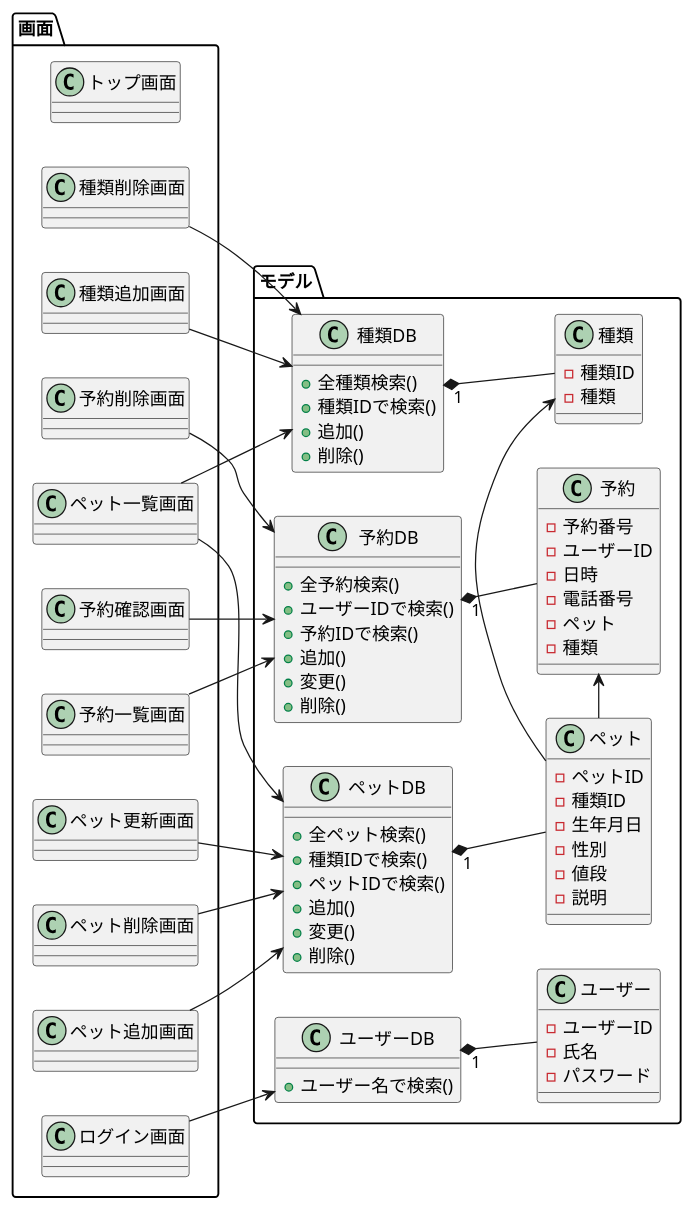
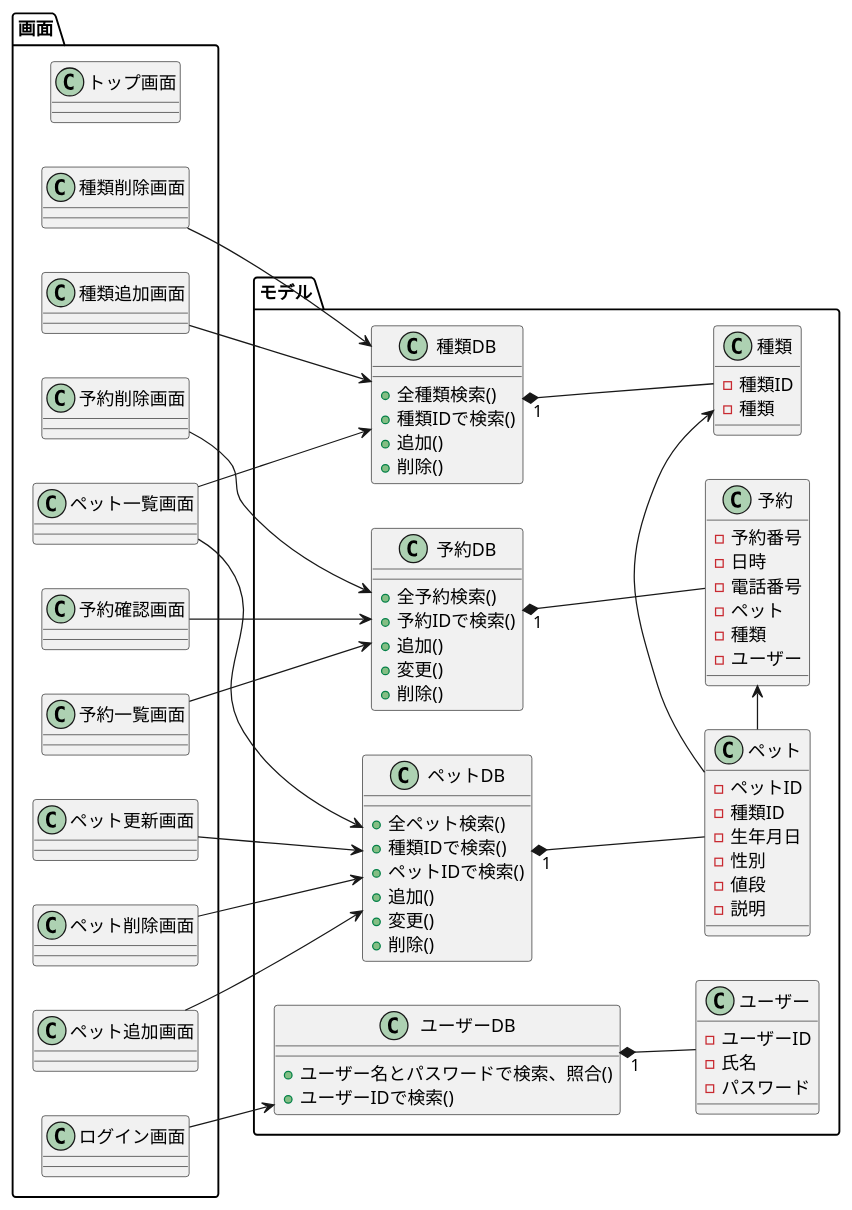
Before and after one commit to Tyamanaka07/WebSystem: the diagram in UML/class.pu, drawn with PlantUML. The commit also changed 3 other files, not shown here.

```diff
--- a/UML/class.pu
+++ b/UML/class.pu
@@ -1,98 +1,98 @@
 @startuml
 left to right direction
 
 package モデル{
 class ペット{
 	-ペットID
 	-種類ID
 	-生年月日
 	-性別
 	-値段
 	-説明
 }
 
 class 種類{
 	-種類ID
 	-種類
 }
 
 class ユーザー{
 	-ユーザーID
 	-氏名
 	-パスワード
 }
 
 class 予約{
 	-予約番号
-	-ユーザーID
 	-日時
 	-電話番号
 	-ペット
 	-種類
+	-ユーザー
 }
 
 class ペットDB{
 	+全ペット検索()
 	+種類IDで検索()
 	+ペットIDで検索()
 	+追加()
 	+変更()
 	+削除()
 }
 
 class 種類DB{
 	+全種類検索()
 	+種類IDで検索()
 	+追加()
 	+削除()
 }
 
 class ユーザーDB{
-	+ユーザー名で検索()
+	+ユーザー名とパスワードで検索、照合()
+	+ユーザーIDで検索()
 }
 
 class 予約DB{
 	+全予約検索()
-	+ユーザーIDで検索()
 	+予約IDで検索()
 	+追加()
 	+変更()
 	+削除()
 }
 }
 
 package 画面{
 class トップ画面
 class ペット一覧画面
 class ログイン画面
 class ペット追加画面
 class ペット更新画面
 class ペット削除画面
 class 種類追加画面
 class 種類削除画面
 class 予約確認画面
 class 予約一覧画面
 class 予約削除画面
 
 }
 
 ペットDB "1" *-- ペット
 種類DB "1" *-- 種類
 ユーザーDB "1" *-- ユーザー
 予約DB "1" *-- 予約
 ペット -> 種類
 ペット -> 予約
 
 ペット一覧画面-->種類DB
 ペット一覧画面-->ペットDB
 ログイン画面-->ユーザーDB
 ペット追加画面-->ペットDB
 ペット更新画面-->ペットDB
 種類追加画面-->種類DB
 種類削除画面-->種類DB
 ペット削除画面-->ペットDB
 予約確認画面-->予約DB
 予約一覧画面-->予約DB
 予約削除画面-->予約DB
 
 @enduml
```
